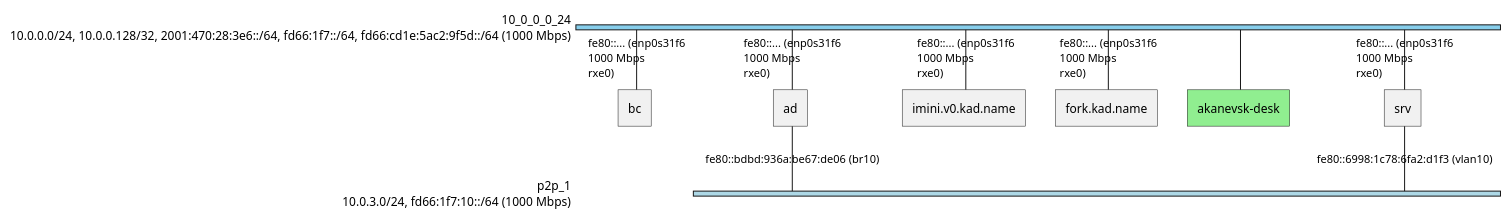
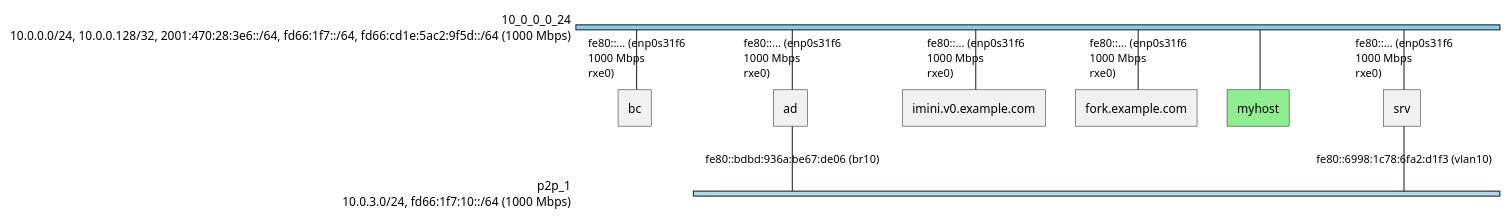
One commit to kad/lldiscovery changed the diagram in NWDIAG_P2P_FIX.md. Above: the diagram before and after it, drawn with PlantUML. The commit also changed other lines of this file and 24 other files, not shown here.

````diff
--- a/NWDIAG_P2P_FIX.md
+++ b/NWDIAG_P2P_FIX.md
@@ -254,22 +254,22 @@
 ```plantuml
 @startuml
 nwdiag {
   network 10_0_0_0_24 {
     address = "10.0.0.0/24, 10.0.0.128/32, 2001:470:28:3e6::/64, fd66:1f7::/64, fd66:cd1e:5ac2:9f5d::/64 (1000 Mbps)"
     color = "#87CEEB"
     bc [address = "fe80::... (enp0s31f6, 1000 Mbps, rxe0)", description = "bc"];
     ad [address = "fe80::... (enp0s31f6, 1000 Mbps, rxe0)", description = "ad"];
-    imini_v0_kad_name [address = "fe80::... (enp0s31f6, 1000 Mbps, rxe0)", description = "imini.v0.kad.name"];
-    fork_kad_name [address = "fe80::... (enp0s31f6, 1000 Mbps, rxe0)", description = "fork.kad.name"];
-    akanevsk_desk [description = "akanevsk-desk", color = "#90EE90"];
+    imini_v0_example_com [address = "fe80::... (enp0s31f6, 1000 Mbps, rxe0)", description = "imini.v0.example.com"];
+    fork_example_com [address = "fe80::... (enp0s31f6, 1000 Mbps, rxe0)", description = "fork.example.com"];
+    myhost [description = "myhost", color = "#90EE90"];
     srv [address = "fe80::... (enp0s31f6, 1000 Mbps, rxe0)", description = "srv"];
   }
   network p2p_1 {
     address = "10.0.3.0/24, fd66:1f7:10::/64 (1000 Mbps)"
     color = "#ADD8E6"
     ad [address = "fe80::bdbd:936a:be67:de06 (br10)", description = "ad"];
     srv [address = "fe80::6998:1c78:6fa2:d1f3 (vlan10)", description = "srv"];
   }
 }
 @enduml
 ```
````
